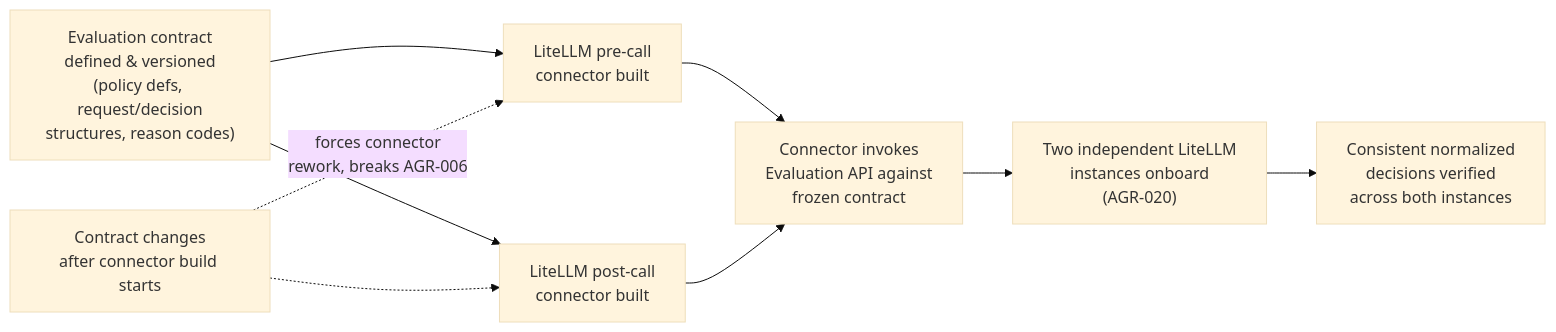
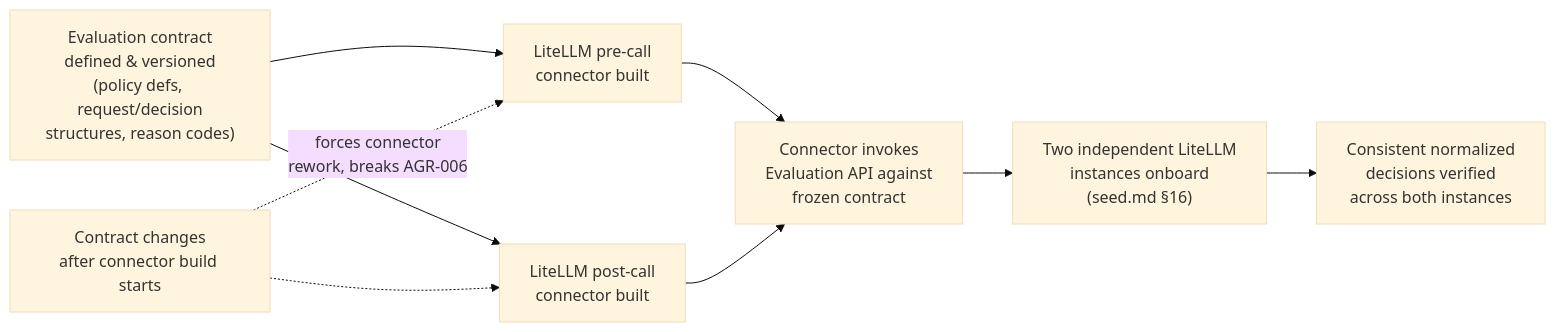
Before and after one commit to veglezMX/guardrails: the first of 2 diagrams in solution-docs/60-delivery/DEPENDENCIES.md, drawn with Mermaid (base theme). The commit also changed other lines of this file and 70 other files, not shown here.

````diff
--- a/solution-docs/60-delivery/DEPENDENCIES.md
+++ b/solution-docs/60-delivery/DEPENDENCIES.md
@@ -152,12 +153,12 @@
 ```mermaid
 flowchart LR
     A["Evaluation contract\ndefined & versioned\n(policy defs, request/decision\nstructures, reason codes)"] --> B["LiteLLM pre-call\nconnector built"]
     A --> C["LiteLLM post-call\nconnector built"]
     B --> D["Connector invokes\nEvaluation API against\nfrozen contract"]
     C --> D
-    D --> E["Two independent LiteLLM\ninstances onboard\n(AGR-020)"]
+    D --> E["Two independent LiteLLM\ninstances onboard\n(seed.md §16)"]
     E --> F["Consistent normalized\ndecisions verified\nacross both instances"]
 
     G["Contract changes\nafter connector build starts"] -.->|"forces connector\nrework, breaks AGR-006"| B
     G -.-> C
 ```
````
